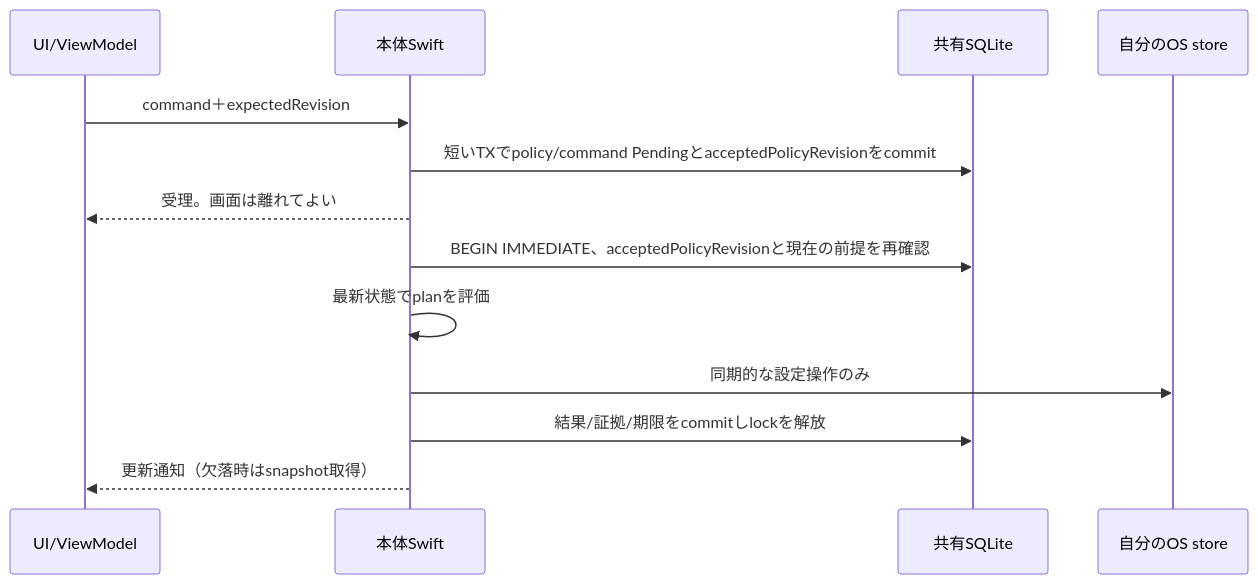
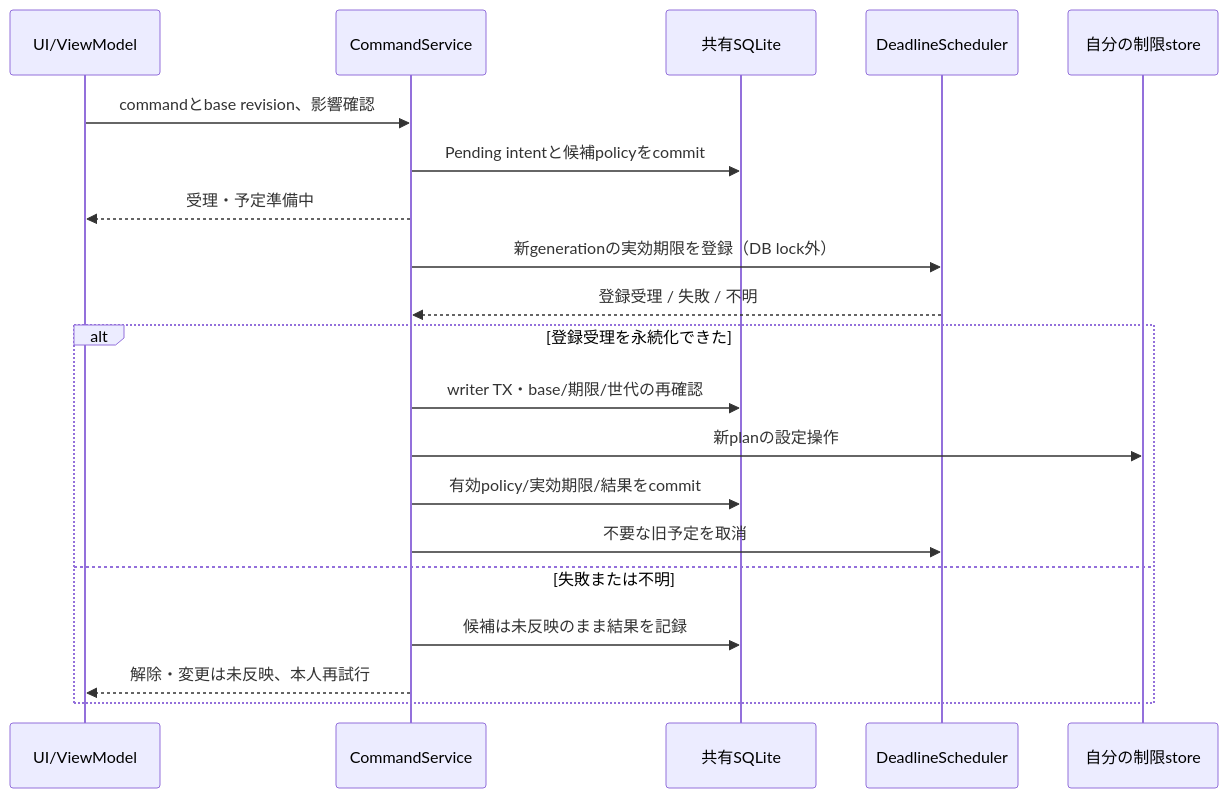
One commit to kzk-maeda/itoma changed the second of 2 diagrams in docs/system/architecture.md. Above: the diagram before and after it, drawn with Mermaid. The commit also changed other lines of this file and 10 other files, not shown here.

````diff
--- a/docs/system/architecture.md
+++ b/docs/system/architecture.md
@@ -53,15 +68,22 @@
 ```mermaid
 sequenceDiagram
   participant UI as UI/ViewModel
-  participant N as 本体Swift
+  participant N as CommandService
   participant DB as 共有SQLite
-  participant OS as 自分のOS store
-  UI->>N: command＋expectedRevision
-  N->>DB: 短いTXでpolicy/command PendingとacceptedPolicyRevisionをcommit
-  N-->>UI: 受理。画面は離れてよい
-  N->>DB: BEGIN IMMEDIATE、acceptedPolicyRevisionと現在の前提を再確認
-  N->>N: 最新状態でplanを評価
-  N->>OS: 同期的な設定操作のみ
-  N->>DB: 結果/証拠/期限をcommitしlockを解放
-  N-->>UI: 更新通知（欠落時はsnapshot取得）
+  participant S as DeadlineScheduler
+  participant OS as 自分の制限store
+  UI->>N: commandとbase revision、影響確認
+  N->>DB: Pending intentと候補policyをcommit
+  N-->>UI: 受理・予定準備中
+  N->>S: 新generationの実効期限を登録（DB lock外）
+  S-->>N: 登録受理 / 失敗 / 不明
+  alt 登録受理を永続化できた
+    N->>DB: writer TX・base/期限/世代の再確認
+    N->>OS: 新planの設定操作
+    N->>DB: 有効policy/実効期限/結果をcommit
+    N->>S: 不要な旧予定を取消
+  else 失敗または不明
+    N->>DB: 候補は未反映のまま結果を記録
+    N-->>UI: 解除・変更は未反映、本人再試行
+  end
 ```
````
